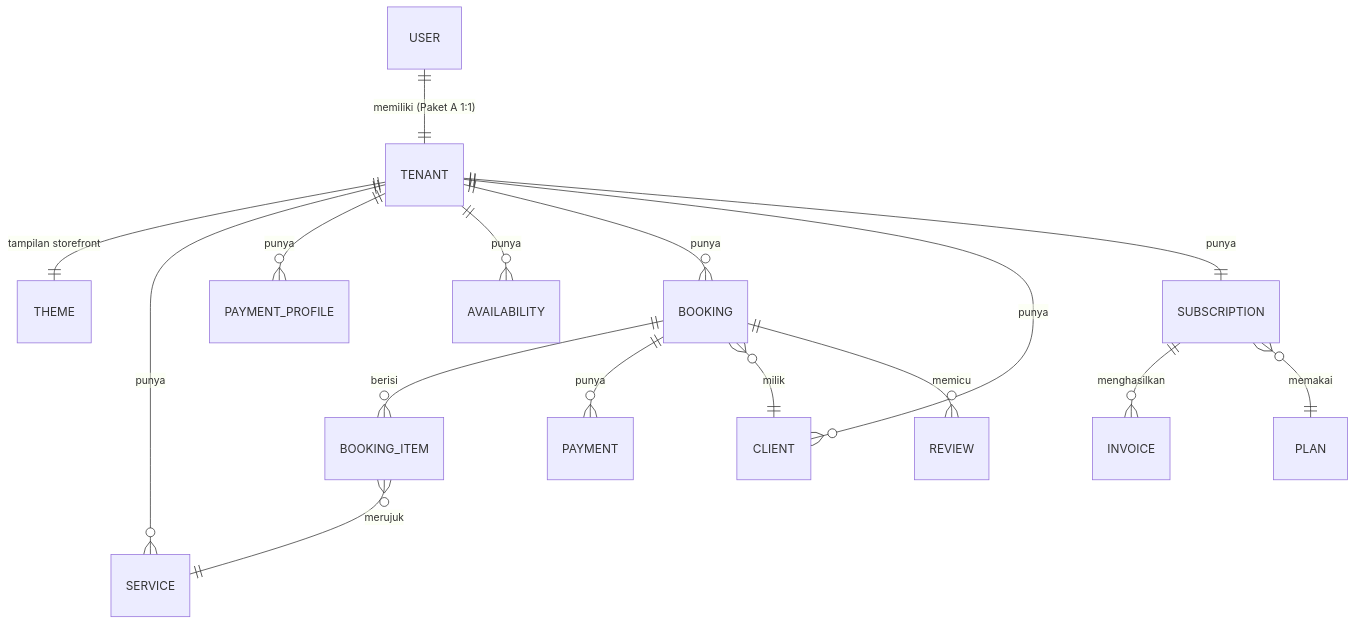
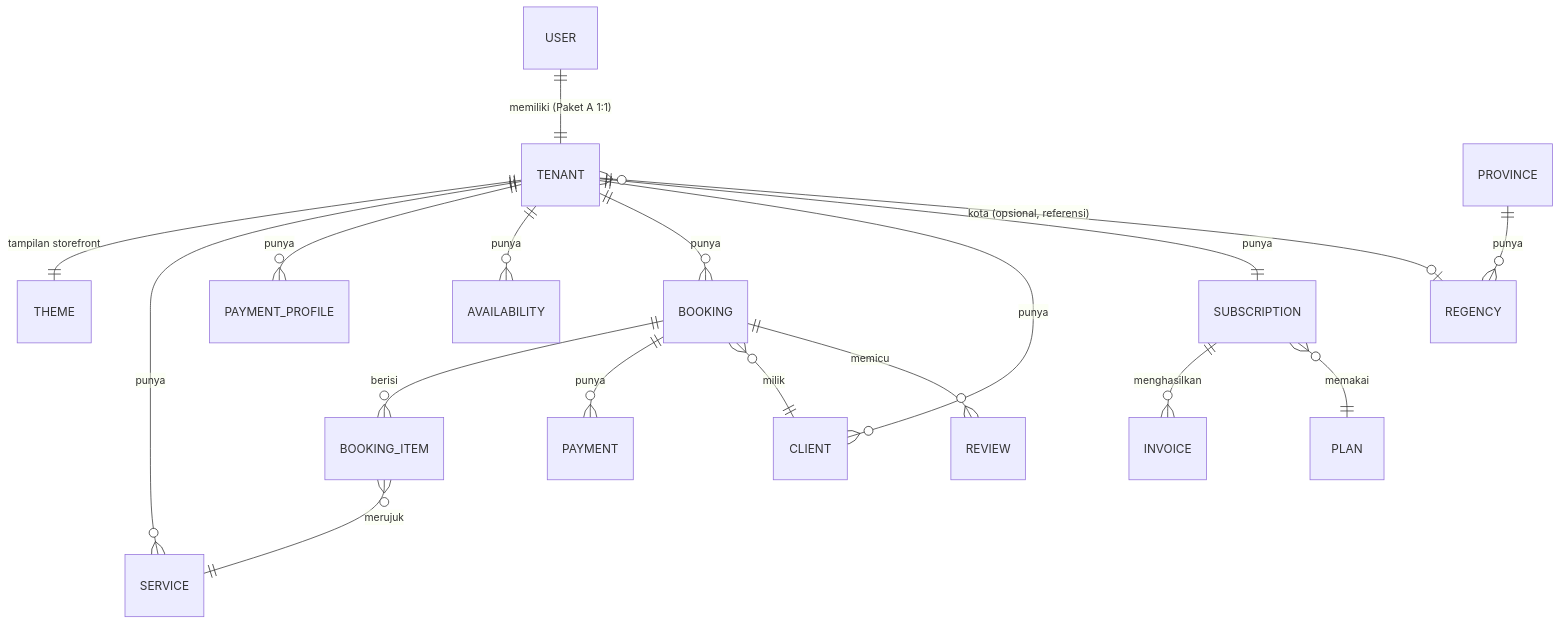
Before and after one commit to Marchelinoraco/mua: the diagram in docs/data-model.md, drawn with Mermaid. The commit also changed other lines of this file and 2 other files, not shown here.

Commit message:
feat(wilayah): skema referensi Province/Regency + migrasi aditif Tenant.regencyId

````diff
--- a/docs/data-model.md
+++ b/docs/data-model.md
@@ -6,18 +6,20 @@
 ```mermaid
 erDiagram
   USER ||--|| TENANT : "memiliki (Paket A 1:1)"
   TENANT ||--|| THEME : "tampilan storefront"
   TENANT ||--o{ SERVICE : punya
   TENANT ||--o{ PAYMENT_PROFILE : punya
   TENANT ||--o{ AVAILABILITY : punya
   TENANT ||--o{ BOOKING : punya
   TENANT ||--o{ CLIENT : punya
   TENANT ||--|| SUBSCRIPTION : punya
   BOOKING ||--o{ BOOKING_ITEM : berisi
   BOOKING ||--o{ PAYMENT : punya
   BOOKING }o--|| CLIENT : milik
   BOOKING_ITEM }o--|| SERVICE : merujuk
   SUBSCRIPTION ||--o{ INVOICE : menghasilkan
   SUBSCRIPTION }o--|| PLAN : memakai
   BOOKING ||--o{ REVIEW : memicu
+  TENANT }o--o| REGENCY : "kota (opsional, referensi)"
+  PROVINCE ||--o{ REGENCY : punya
 ```
````
